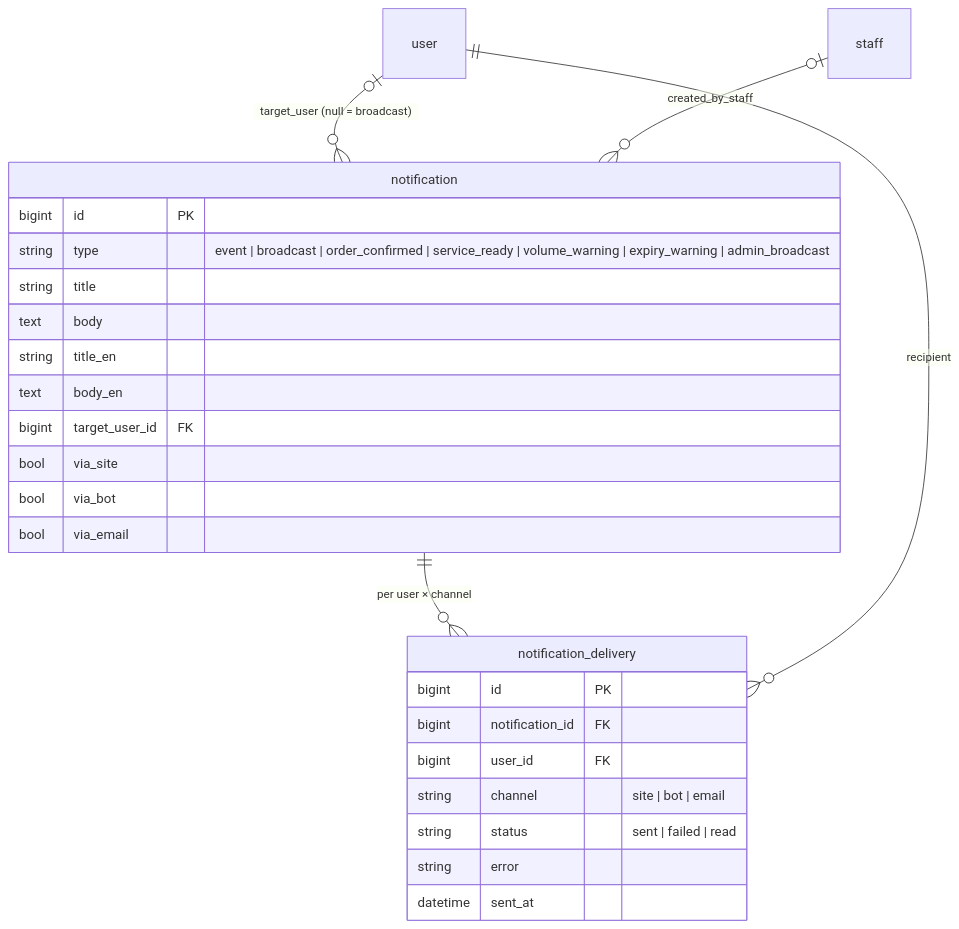
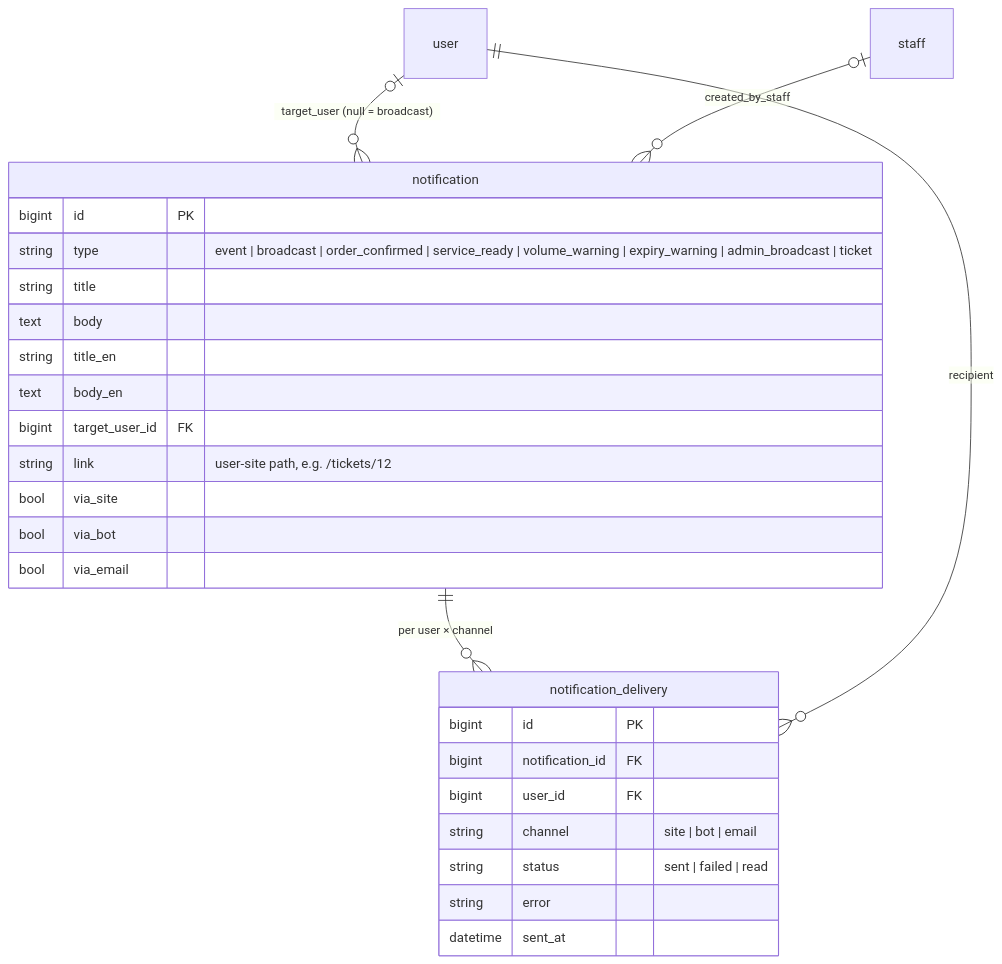
One commit to santiyagoburcart/caspintunel changed the sixth of 7 diagrams in docs/erd.md. Above: the diagram before and after it, drawn with Mermaid. The commit also changed other lines of this file and 45 other files, not shown here.

First line of the commit message:
Release 1.17.0: Phase 2 — ticketing UIs (site, admin panel, bot)

````diff
--- a/docs/erd.md
+++ b/docs/erd.md
@@ -449,29 +461,30 @@
 ```mermaid
 erDiagram
     notification ||--o{ notification_delivery : "per user × channel"
     user |o--o{ notification : "target_user (null = broadcast)"
     user ||--o{ notification_delivery : "recipient"
     staff |o--o{ notification : "created_by_staff"
 
     notification {
         bigint id PK
-        string type "event | broadcast | order_confirmed | service_ready | volume_warning | expiry_warning | admin_broadcast"
+        string type "event | broadcast | order_confirmed | service_ready | volume_warning | expiry_warning | admin_broadcast | ticket"
         string title
         text body
         string title_en
         text body_en
         bigint target_user_id FK
+        string link "user-site path, e.g. /tickets/12"
         bool via_site
         bool via_bot
         bool via_email
     }
     notification_delivery {
         bigint id PK
         bigint notification_id FK
         bigint user_id FK
         string channel "site | bot | email"
         string status "sent | failed | read"
         string error
         datetime sent_at
     }
 ```
````
